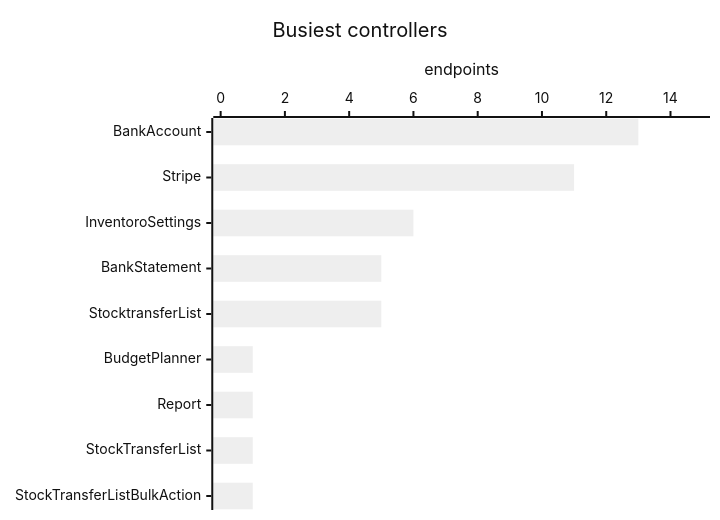
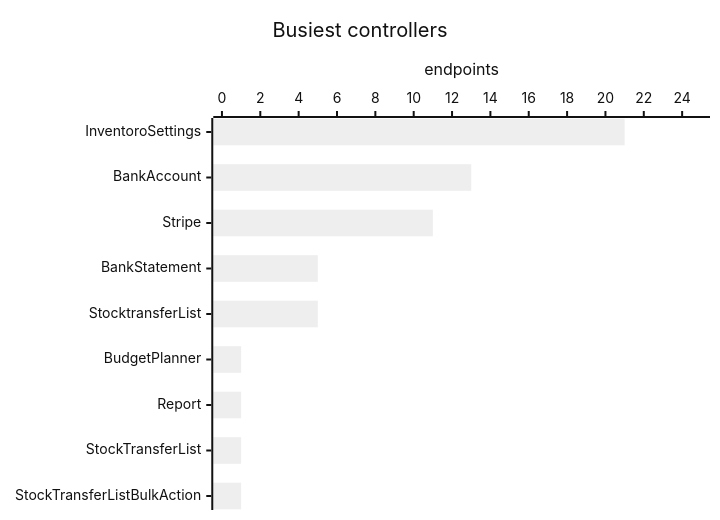
The second of 2 diagrams in modules/15-other/README.md (fightmilk808/cin7-core-rebuild), drawn with Mermaid (neutral theme) before and after one commit. The commit also changed other lines of this file and 17 other files, not shown here.

````diff
--- a/modules/15-other/README.md
+++ b/modules/15-other/README.md
@@ -18,7 +18,7 @@
 ```mermaid
 xychart-beta horizontal
     title "Busiest controllers"
-    x-axis ["BankAccount", "Stripe", "InventoroSettings", "BankStatement", "StocktransferList", "BudgetPlanner", "Report", "StockTransferList", "StockTransferListBulkAction"]
-    y-axis "endpoints" 0 --> 15
-    bar [13, 11, 6, 5, 5, 1, 1, 1, 1]
+    x-axis ["InventoroSettings", "BankAccount", "Stripe", "BankStatement", "StocktransferList", "BudgetPlanner", "Report", "StockTransferList", "StockTransferListBulkAction"]
+    y-axis "endpoints" 0 --> 25
+    bar [21, 13, 11, 5, 5, 1, 1, 1, 1]
 ```
````
